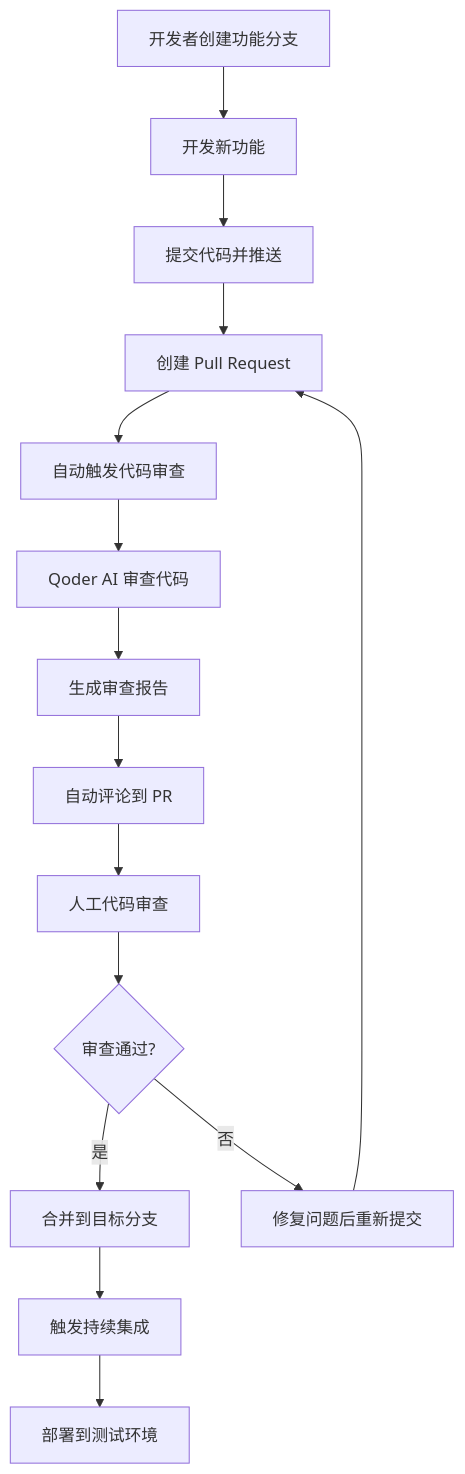
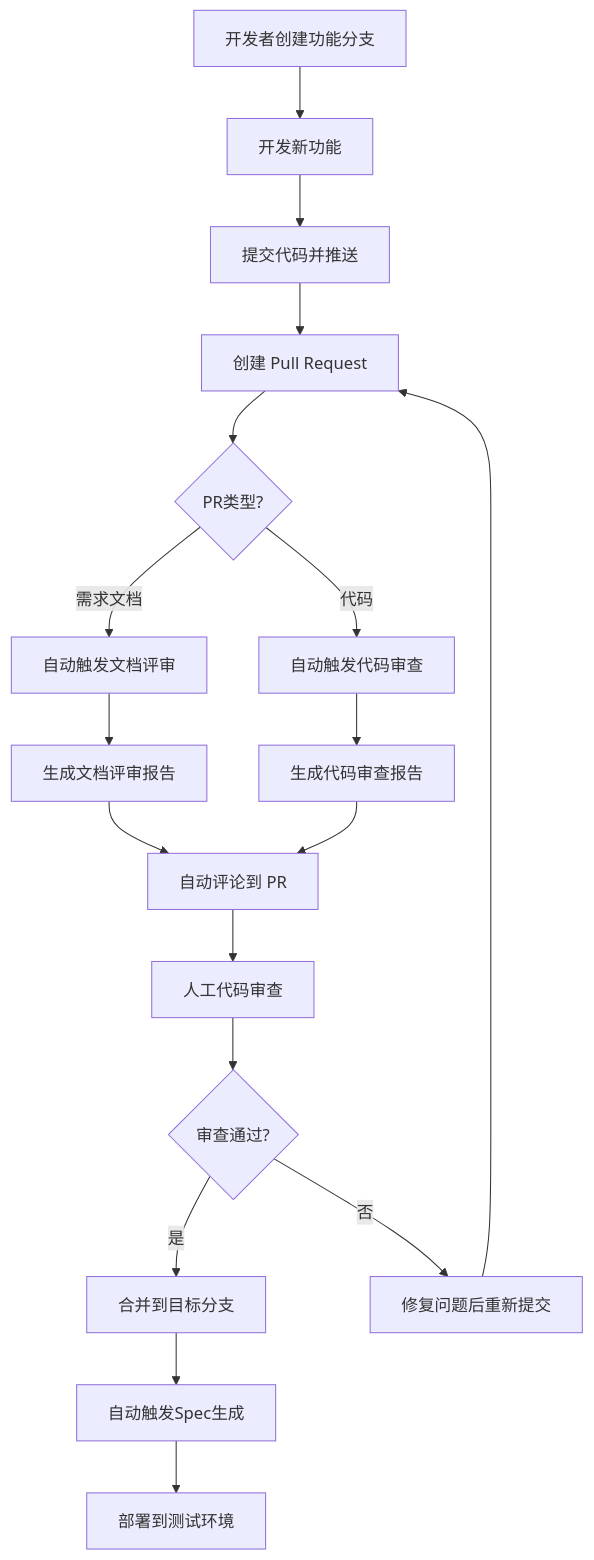
The eighth of 9 diagrams in .qoder/repowiki/zh/content/开发指南/开发指南.md (Seiano/hj-admin), drawn with Mermaid before and after one commit. The commit also changed other lines of this file and 6 other files, not shown here.

````diff
--- a/.qoder/repowiki/zh/content/开发指南/开发指南.md
+++ b/.qoder/repowiki/zh/content/开发指南/开发指南.md
@@ -450,17 +650,20 @@
 ```mermaid
 flowchart TD
 Dev["开发者创建功能分支"] --> Feature["开发新功能"]
 Feature --> Commit["提交代码并推送"]
 Commit --> CreatePR["创建 Pull Request"]
-CreatePR --> AutoReview["自动触发代码审查"]
-AutoReview --> AIReview["Qoder AI 审查代码"]
-AIReview --> GenerateReport["生成审查报告"]
-GenerateReport --> CommentPR["自动评论到 PR"]
+CreatePR --> CheckType{"PR类型?"}
+CheckType --> |需求文档| AutoDocReview["自动触发文档评审"]
+CheckType --> |代码| AutoCodeReview["自动触发代码审查"]
+AutoDocReview --> DocReport["生成文档评审报告"]
+AutoCodeReview --> CodeReport["生成代码审查报告"]
+DocReport --> CommentPR["自动评论到 PR"]
+CodeReport --> CommentPR
 CommentPR --> Reviewer["人工代码审查"]
 Reviewer --> Approve{"审查通过?"}
 Approve --> |是| Merge["合并到目标分支"]
 Approve --> |否| Fix["修复问题后重新提交"]
 Fix --> CreatePR
-Merge --> CI["触发持续集成"]
-CI --> Deploy["部署到测试环境"]
+Merge --> SpecGen["自动触发Spec生成"]
+SpecGen --> Deploy["部署到测试环境"]
 ```
````
